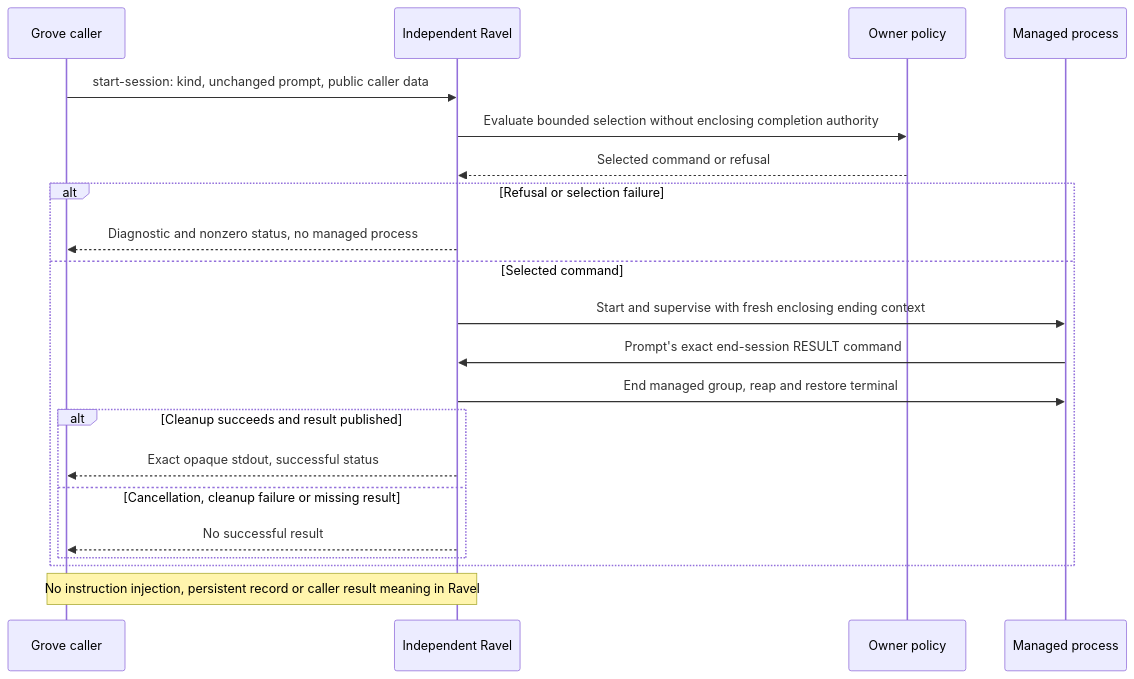
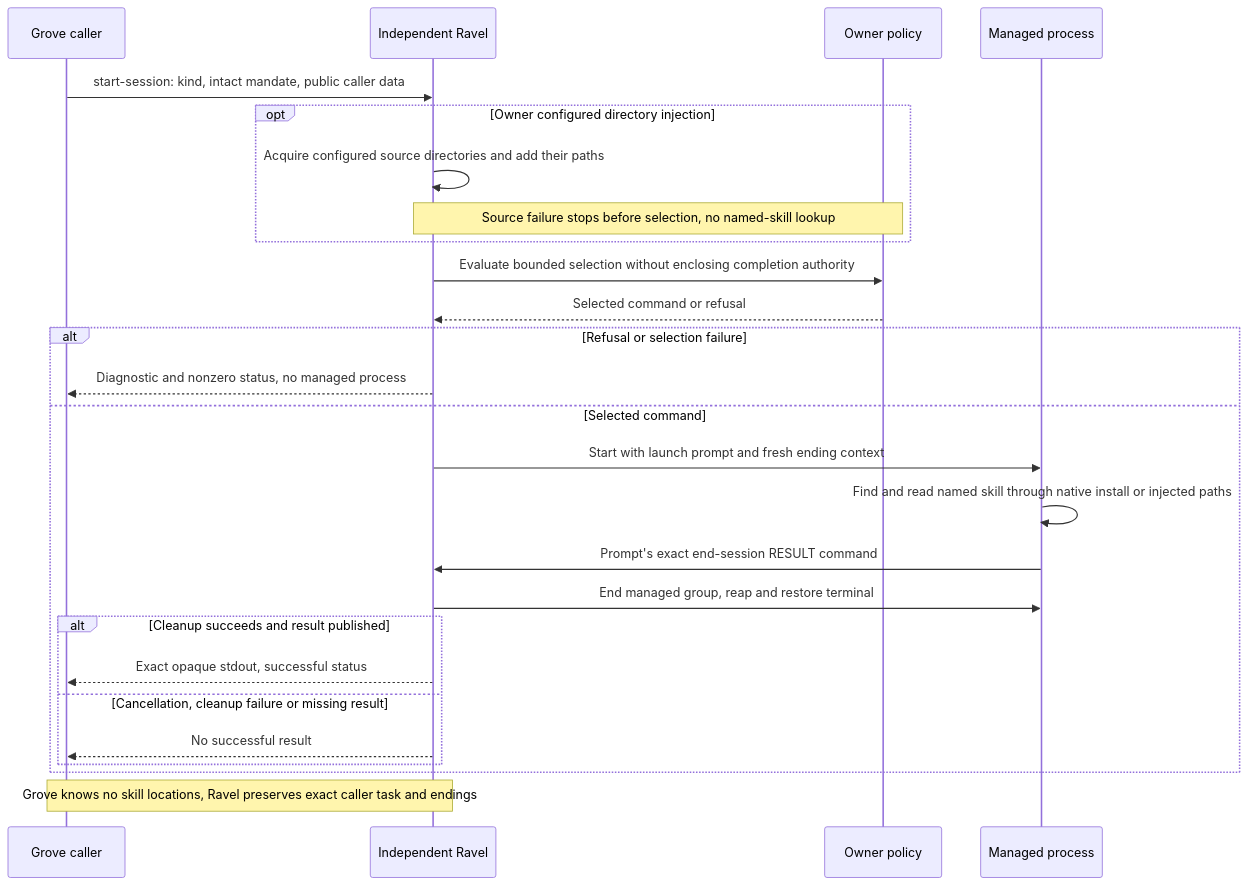
The diagram in docs/design/harness-selection-and-execution/handoff.mmd (Linkuistics/grove), drawn with Mermaid before and after one commit. The commit also changed 22 other files, not shown here.

Commit message:
Specify user-managed skill delivery (grove-skill-delivery-k8)

```diff
--- a/docs/design/harness-selection-and-execution/handoff.mmd
+++ b/docs/design/harness-selection-and-execution/handoff.mmd
@@ -1,21 +1,26 @@
 sequenceDiagram
   participant G as Grove caller
   participant R as Independent Ravel
   participant P as Owner policy
   participant H as Managed process
-  G->>R: start-session: kind, unchanged prompt, public caller data
+  G->>R: start-session: kind, intact mandate, public caller data
+  opt Owner configured directory injection
+    R->>R: Acquire configured source directories and add their paths
+    Note over R,P: Source failure stops before selection, no named-skill lookup
+  end
   R->>P: Evaluate bounded selection without enclosing completion authority
   P-->>R: Selected command or refusal
   alt Refusal or selection failure
     R-->>G: Diagnostic and nonzero status, no managed process
   else Selected command
-    R->>H: Start and supervise with fresh enclosing ending context
+    R->>H: Start with launch prompt and fresh ending context
+    H->>H: Find and read named skill through native install or injected paths
     H->>R: Prompt's exact end-session RESULT command
     R->>H: End managed group, reap and restore terminal
     alt Cleanup succeeds and result published
       R-->>G: Exact opaque stdout, successful status
     else Cancellation, cleanup failure or missing result
       R-->>G: No successful result
     end
   end
-  Note over G,R: No instruction injection, persistent record or caller result meaning in Ravel
+  Note over G,R: Grove knows no skill locations, Ravel preserves exact caller task and endings
```
